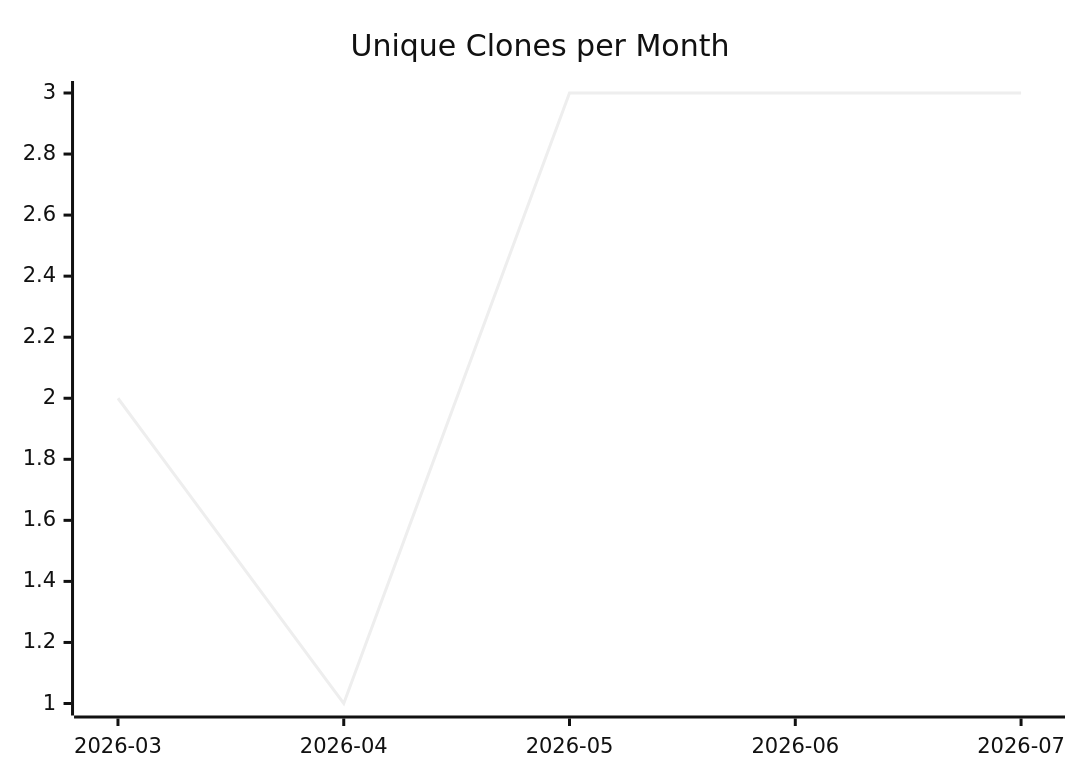
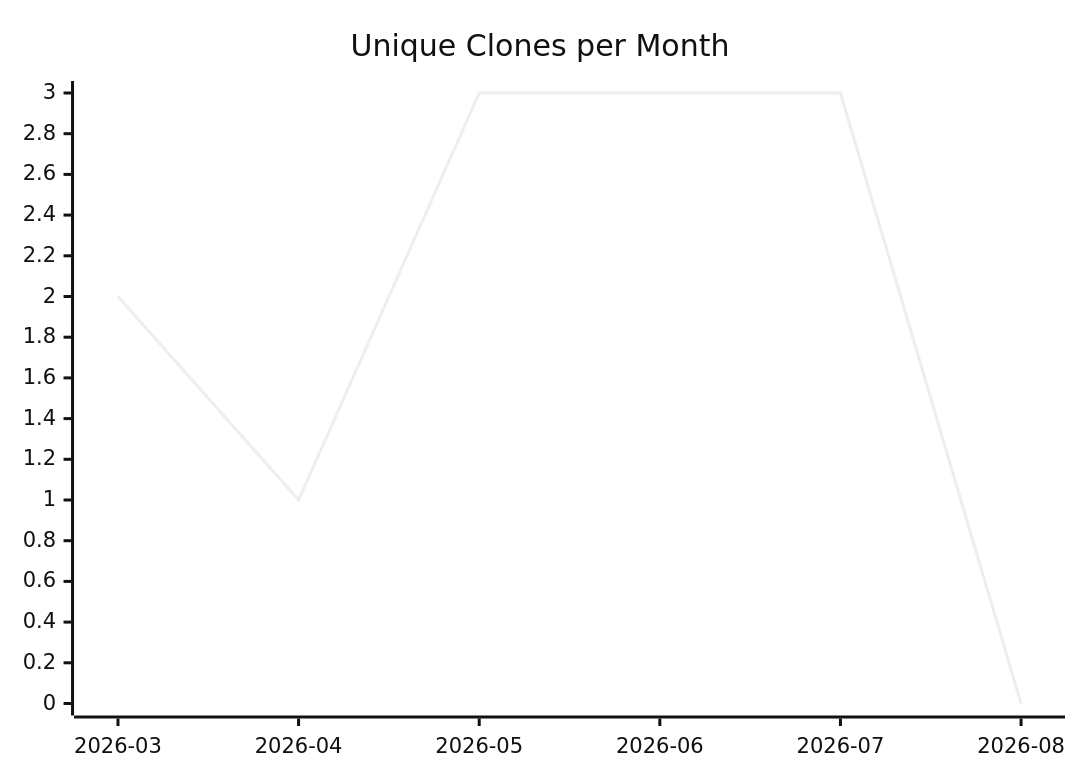
One commit to justdavis-family/github-analytics-data changed the third of 3 diagrams in karlmdavis/ansible-roles/README.md. Above: the diagram before and after it, drawn with Mermaid (neutral theme). The commit also changed other lines of this file and 180 other files, not shown here.

````diff
--- a/karlmdavis/ansible-roles/README.md
+++ b/karlmdavis/ansible-roles/README.md
@@ -19,6 +19,6 @@
 ```mermaid
 xychart-beta
   title "Unique Clones per Month"
-  x-axis ["2026-03", "2026-04", "2026-05", "2026-06", "2026-07"]
-  line [2, 1, 3, 3, 3]
+  x-axis ["2026-03", "2026-04", "2026-05", "2026-06", "2026-07", "2026-08"]
+  line [2, 1, 3, 3, 3, 0]
 ```
````
